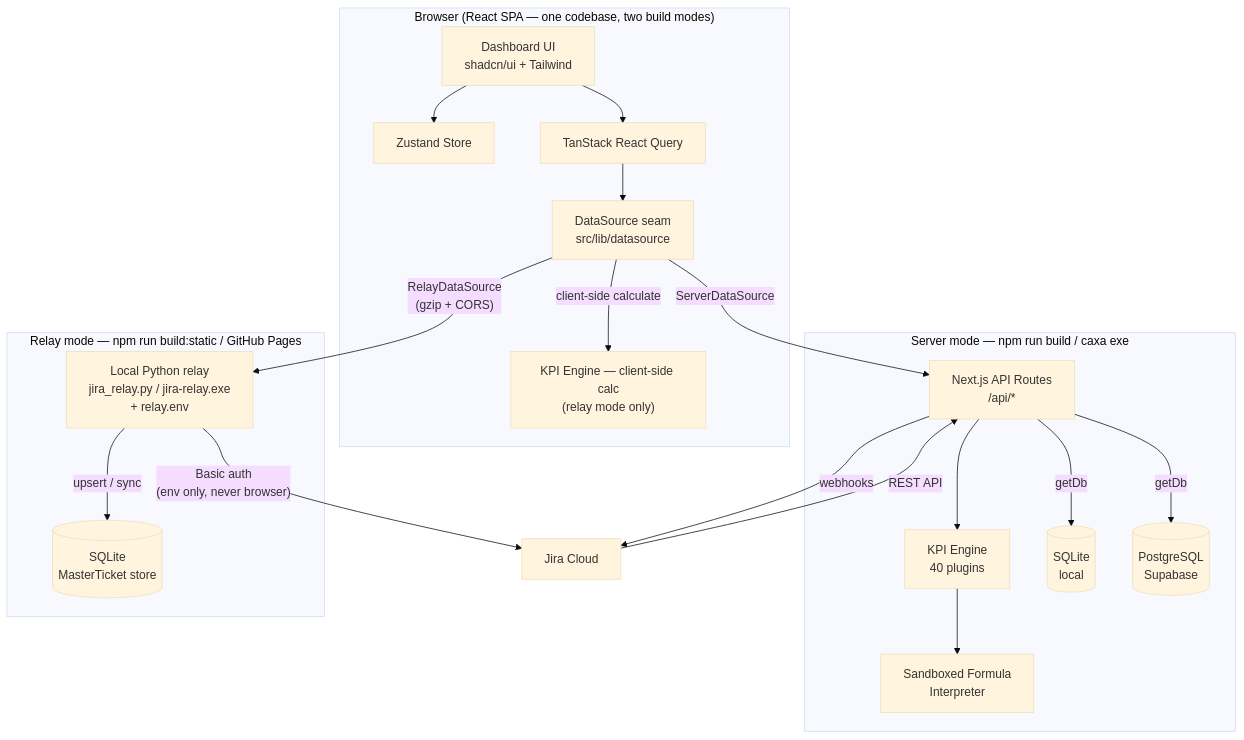
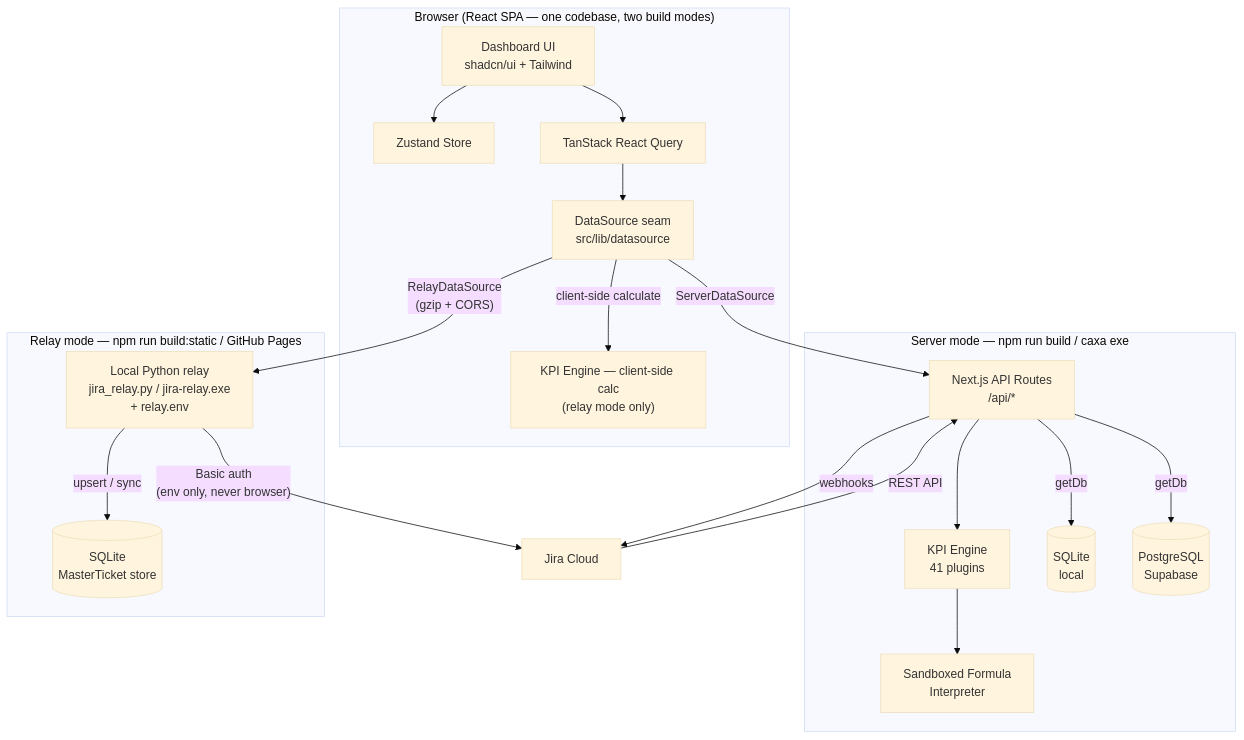
One commit to CJ-1981/jira-etl-dashboard changed the first of 4 diagrams in README.md. Above: the diagram before and after it, drawn with Mermaid (base theme). The commit also changed other lines of this file and 9 other files, not shown here.

````diff
--- a/README.md
+++ b/README.md
@@ -232,40 +233,40 @@
 ```mermaid
 graph TB
     subgraph Browser["Browser (React SPA — one codebase, two build modes)"]
         UI["Dashboard UI<br/>shadcn/ui + Tailwind"]
         Store["Zustand Store"]
         RQ["TanStack React Query"]
         DS["DataSource seam<br/>src/lib/datasource"]
         CEng["KPI Engine — client-side calc<br/>(relay mode only)"]
     end
 
     subgraph ServerMode["Server mode — npm run build / caxa exe"]
         API["Next.js API Routes<br/>/api/*"]
-        SEng["KPI Engine<br/>40 plugins"]
+        SEng["KPI Engine<br/>41 plugins"]
         Sandbox["Sandboxed Formula<br/>Interpreter"]
         SQLite[("SQLite<br/>local")]
         PG[("PostgreSQL<br/>Supabase")]
     end
 
     subgraph RelayMode["Relay mode — npm run build:static / GitHub Pages"]
         Relay["Local Python relay<br/>jira_relay.py / jira-relay.exe<br/>+ relay.env"]
         RDB[("SQLite<br/>MasterTicket store")]
     end
 
     Jira["Jira Cloud"]
 
     UI --> Store
     UI --> RQ
     RQ --> DS
     DS -- "ServerDataSource" --> API
     DS -- "RelayDataSource<br/>(gzip + CORS)" --> Relay
     DS -- "client-side calculate" --> CEng
     API --> SEng
     SEng --> Sandbox
     API -- "getDb" --> SQLite
     API -- "getDb" --> PG
     Relay -- "upsert / sync" --> RDB
     Relay -- "Basic auth<br/>(env only, never browser)" --> Jira
     Jira -- "REST API" --> API
     API -- "webhooks" --> Jira
 ```
````
